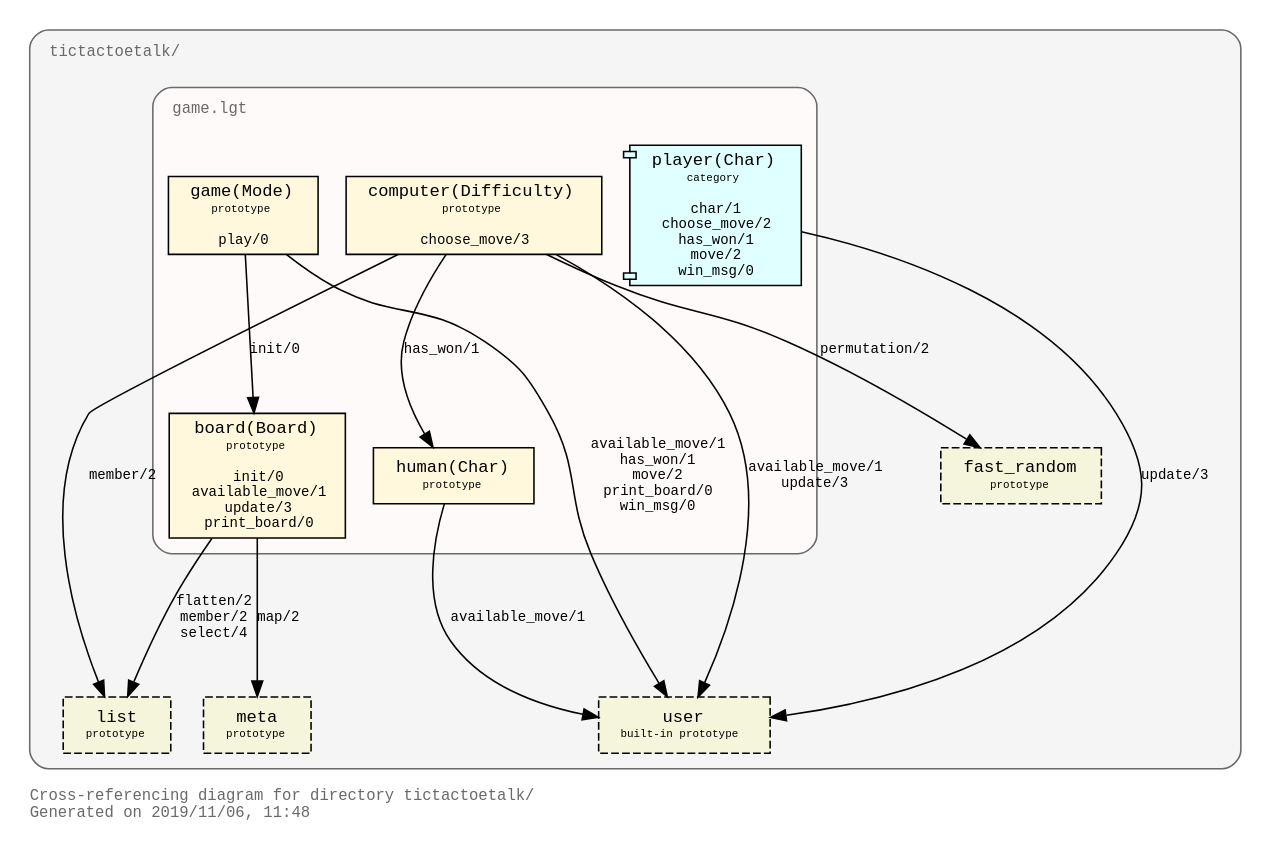
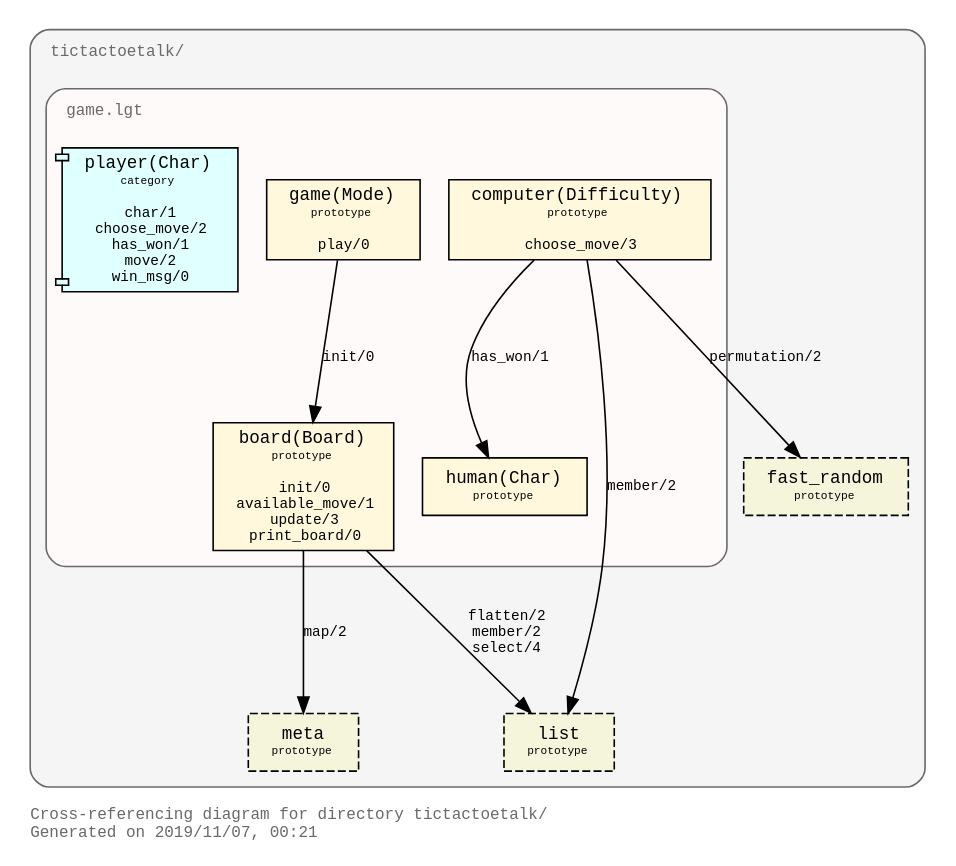
The diagram in design/tictactoetalk_xref_diagram.dot (PaulBrownMagic/TicTacToeTalk), drawn with Graphviz before and after one commit. The commit also changed 15 other files, not shown here.

Commit message:
Updated graphviz diagrams

```diff
--- a/design/tictactoetalk_xref_diagram.dot
+++ b/design/tictactoetalk_xref_diagram.dot
@@ -1,61 +1,56 @@
 digraph "tictactoetalk" {
 rankdir="TB"
 ranksep="1.0"
 compound="true"
 splines="true"
 pack="true"
 clusterrank="local"
 labeljust="l"
 margin="1.0"
 fontname="Courier"
 fontsize="10"
 fontcolor="dimgray"
 pencolor="dimgray"
 node [shape="ellipse",style="filled",fillcolor="white",fontname="Courier",fontsize="9"]
 edge [fontname="Courier",fontsize="9"]
-label="Cross-referencing diagram for directory tictactoetalk/\lGenerated on 2019/11/06, 11:48\l"
+label="Cross-referencing diagram for directory tictactoetalk/\lGenerated on 2019/11/07, 00:21\l"
 
 subgraph "cluster_directory_tictactoetalk" {
 bgcolor="whitesmoke"
 style="rounded"
 margin="10"
 label=<<TABLE border="0" cellborder="0"><TR><TD tooltip="tictactoetalk/">tictactoetalk/</TD></TR></TABLE>>
 tooltip="tictactoetalk/"
 subgraph "cluster_file_/home/paul/Development/tictactoetalk/loader.lgt" {
 bgcolor="snow"
 style="rounded"
 margin="10"
 label=<<TABLE border="0" cellborder="0"><TR><TD tooltip="tictactoetalk/loader.lgt">loader.lgt</TD></TR></TABLE>>
 tooltip="tictactoetalk/loader.lgt"
 }
 
 subgraph "cluster_file_/home/paul/Development/tictactoetalk/game.lgt" {
 bgcolor="snow"
 style="rounded"
 margin="10"
 label=<<TABLE border="0" cellborder="0"><TR><TD tooltip="tictactoetalk/game.lgt">game.lgt</TD></TR></TABLE>>
 tooltip="tictactoetalk/game.lgt"
 "board(Board)" [shape="box",tooltip="prototype",style="filled",fillcolor="cornsilk",label=<<TABLE border="0" cellborder="0" cellspacing="0" cellpadding="0"><TR><TD> </TD><TD><FONT POINT-SIZE="11">board(Board)</FONT></TD><TD> </TD></TR><TR><TD> </TD><TD><FONT POINT-SIZE="7">prototype</FONT></TD><TD> </TD></TR><TR><TD> </TD></TR><TR><TD> </TD><TD>init/0</TD><TD> </TD></TR><TR><TD> </TD><TD>available_move/1</TD><TD> </TD></TR><TR><TD> </TD><TD>update/3</TD><TD> </TD></TR><TR><TD> </TD><TD>print_board/0</TD><TD> </TD></TR></TABLE>>]
 "human(Char)" [shape="box",tooltip="prototype",style="filled",fillcolor="cornsilk",label=<<TABLE border="0" cellborder="0" cellspacing="0" cellpadding="0"><TR><TD> </TD><TD><FONT POINT-SIZE="11">human(Char)</FONT></TD><TD> </TD></TR><TR><TD> </TD><TD><FONT POINT-SIZE="7">prototype</FONT></TD><TD> </TD></TR></TABLE>>]
 "computer(Difficulty)" [shape="box",tooltip="prototype",style="filled",fillcolor="cornsilk",label=<<TABLE border="0" cellborder="0" cellspacing="0" cellpadding="0"><TR><TD> </TD><TD><FONT POINT-SIZE="11">computer(Difficulty)</FONT></TD><TD> </TD></TR><TR><TD> </TD><TD><FONT POINT-SIZE="7">prototype</FONT></TD><TD> </TD></TR><TR><TD> </TD></TR><TR><TD> </TD><TD>choose_move/3</TD><TD> </TD></TR></TABLE>>]
 "game(Mode)" [shape="box",tooltip="prototype",style="filled",fillcolor="cornsilk",label=<<TABLE border="0" cellborder="0" cellspacing="0" cellpadding="0"><TR><TD> </TD><TD><FONT POINT-SIZE="11">game(Mode)</FONT></TD><TD> </TD></TR><TR><TD> </TD><TD><FONT POINT-SIZE="7">prototype</FONT></TD><TD> </TD></TR><TR><TD> </TD></TR><TR><TD> </TD><TD>play/0</TD><TD> </TD></TR></TABLE>>]
 "player(Char)" [shape="component",tooltip="category",style="filled",fillcolor="lightcyan",label=<<TABLE border="0" cellborder="0" cellspacing="0" cellpadding="0"><TR><TD> </TD><TD><FONT POINT-SIZE="11">player(Char)</FONT></TD><TD> </TD></TR><TR><TD> </TD><TD><FONT POINT-SIZE="7">category</FONT></TD><TD> </TD></TR><TR><TD> </TD></TR><TR><TD> </TD><TD>char/1</TD><TD> </TD></TR><TR><TD> </TD><TD>choose_move/2</TD><TD> </TD></TR><TR><TD> </TD><TD>has_won/1</TD><TD> </TD></TR><TR><TD> </TD><TD>move/2</TD><TD> </TD></TR><TR><TD> </TD><TD>win_msg/0</TD><TD> </TD></TR></TABLE>>]
 }
 
 "board(Board)" -> "list" [arrowhead="normal",labeltooltip="calls",label=<flatten/2<BR/>member/2<BR/>select/4>]
 "board(Board)" -> "meta" [arrowhead="normal",labeltooltip="calls",label=<map/2>]
-"human(Char)" -> "user" [arrowhead="normal",labeltooltip="calls",label=<available_move/1>]
-"computer(Difficulty)" -> "user" [arrowhead="normal",labeltooltip="calls",label=<available_move/1<BR/>update/3>]
 "computer(Difficulty)" -> "fast_random" [arrowhead="normal",labeltooltip="calls",label=<permutation/2>]
 "computer(Difficulty)" -> "list" [arrowhead="normal",labeltooltip="calls",label=<member/2>]
 "computer(Difficulty)" -> "human(Char)" [arrowhead="normal",labeltooltip="calls",label=<has_won/1>]
-"game(Mode)" -> "user" [arrowhead="normal",labeltooltip="calls",label=<available_move/1<BR/>has_won/1<BR/>move/2<BR/>print_board/0<BR/>win_msg/0>]
 "game(Mode)" -> "board(Board)" [arrowhead="normal",labeltooltip="calls",label=<init/0>]
-"player(Char)" -> "user" [arrowhead="normal",labeltooltip="calls",label=<update/3>]
 "list" [shape="box",tooltip="prototype",style="filled,dashed",fillcolor="beige",label=<<TABLE border="0" cellborder="0" cellspacing="0" cellpadding="0"><TR><TD> </TD><TD><FONT POINT-SIZE="11">list</FONT></TD><TD> </TD></TR><TR><TD> </TD><TD><FONT POINT-SIZE="7">prototype</FONT></TD><TD> </TD></TR></TABLE>>]
 "meta" [shape="box",tooltip="prototype",style="filled,dashed",fillcolor="beige",label=<<TABLE border="0" cellborder="0" cellspacing="0" cellpadding="0"><TR><TD> </TD><TD><FONT POINT-SIZE="11">meta</FONT></TD><TD> </TD></TR><TR><TD> </TD><TD><FONT POINT-SIZE="7">prototype</FONT></TD><TD> </TD></TR></TABLE>>]
-"user" [shape="box",tooltip="built-in prototype",style="filled,dashed",fillcolor="beige",label=<<TABLE border="0" cellborder="0" cellspacing="0" cellpadding="0"><TR><TD> </TD><TD><FONT POINT-SIZE="11">user</FONT></TD><TD> </TD></TR><TR><TD> </TD><TD><FONT POINT-SIZE="7">built-in prototype</FONT></TD><TD> </TD></TR></TABLE>>]
 "fast_random" [shape="box",tooltip="prototype",style="filled,dashed",fillcolor="beige",label=<<TABLE border="0" cellborder="0" cellspacing="0" cellpadding="0"><TR><TD> </TD><TD><FONT POINT-SIZE="11">fast_random</FONT></TD><TD> </TD></TR><TR><TD> </TD><TD><FONT POINT-SIZE="7">prototype</FONT></TD><TD> </TD></TR></TABLE>>]
 }
 
 }
```
